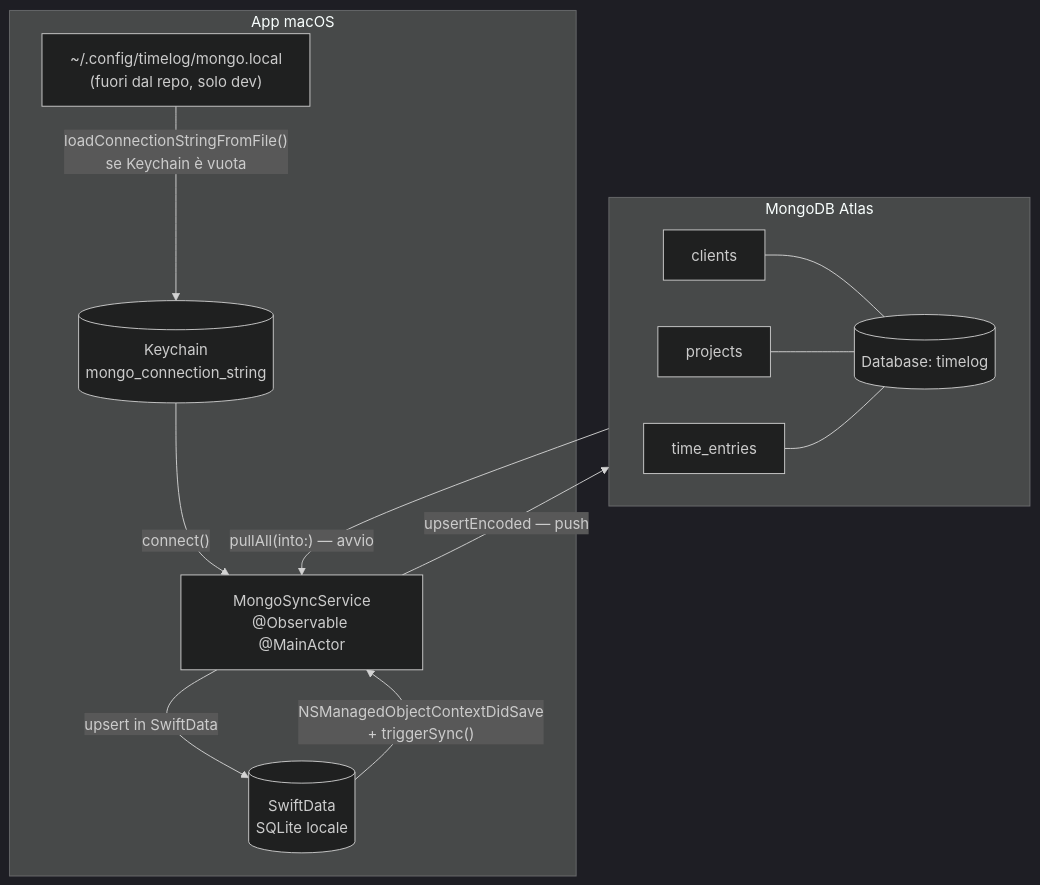
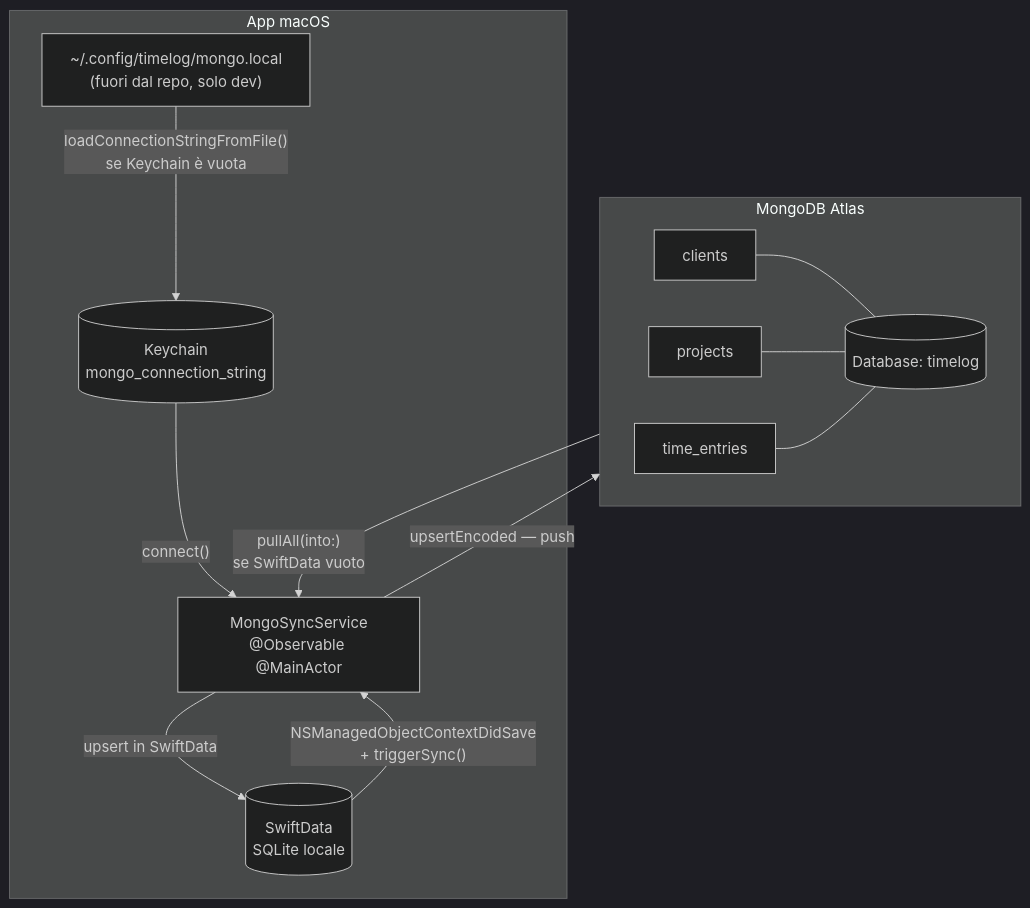
The second of 2 diagrams in docs/04-sync-mongodb.md (albertobarrago/timelog), drawn with Mermaid (dark theme) before and after one commit. The commit also changed other lines of this file and 4 other files, not shown here.

````diff
--- a/docs/04-sync-mongodb.md
+++ b/docs/04-sync-mongodb.md
@@ -7,27 +83,27 @@
 ```mermaid
 flowchart TD
     subgraph macOS["App macOS"]
         SD[("SwiftData\nSQLite locale")]
         KCH[("Keychain\nmongo_connection_string")]
         File["~/.config/timelog/mongo.local\n(fuori dal repo, solo dev)"]
         MSS["MongoSyncService\n@Observable @MainActor"]
     end
 
     subgraph MongoDB["MongoDB Atlas"]
         DB[("Database: timelog")]
         C1["clients"]
         C2["projects"]
         C3["time_entries"]
     end
 
     File -->|"loadConnectionStringFromFile()\nse Keychain è vuota"| KCH
     KCH -->|"connect()"| MSS
 
-    MongoDB -->|"pullAll(into:) — avvio"| MSS
+    MongoDB -->|"pullAll(into:)\nse SwiftData vuoto"| MSS
     MSS -->|"upsert in SwiftData"| SD
 
     SD -->|"NSManagedObjectContextDidSave\n+ triggerSync()"| MSS
     MSS -->|"upsertEncoded — push"| MongoDB
 
     C1 & C2 & C3 --- DB
 ```
````
